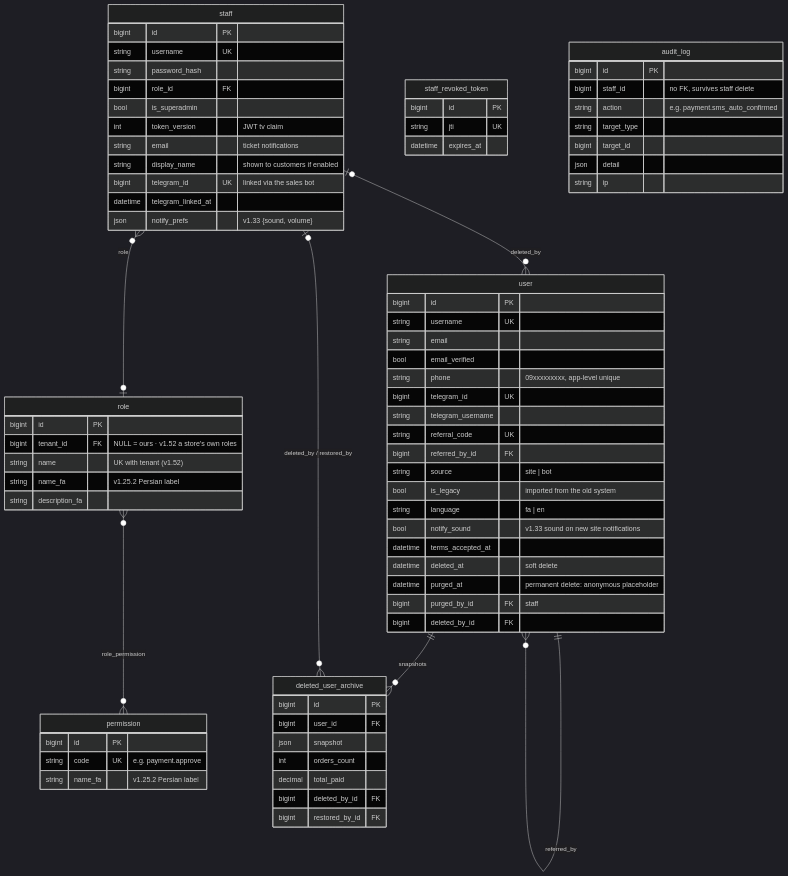
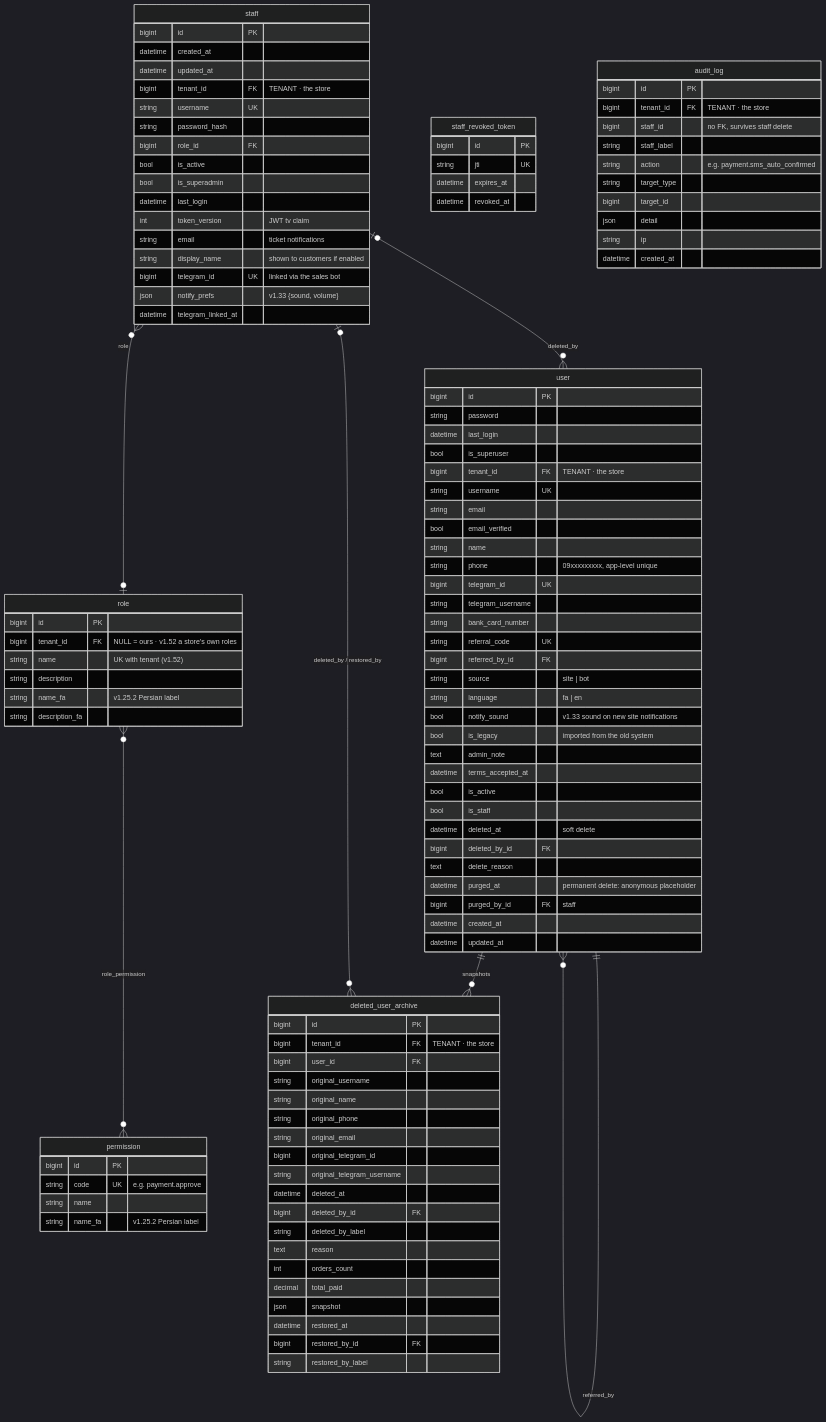
The second of 9 diagrams in docs/erd.md (santiyagoburcart/caspintunel), drawn with Mermaid (dark theme) before and after one commit. The commit also changed other lines of this file and 17 other files, not shown here.

First line of the commit message:
docs: v1.56.1 — docs audit after multi-tenant, WireGuard and the store import (docs only)

````diff
--- a/docs/erd.md
+++ b/docs/erd.md
@@ -193,70 +231,105 @@
 
     user {
         bigint id PK
+        string password
+        datetime last_login
+        bool is_superuser
+        bigint tenant_id FK "TENANT · the store"
         string username UK
         string email
         bool email_verified
+        string name
         string phone "09xxxxxxxxx, app-level unique"
         bigint telegram_id UK
         string telegram_username
+        string bank_card_number
         string referral_code UK
         bigint referred_by_id FK
         string source "site | bot"
-        bool is_legacy "imported from the old system"
         string language "fa | en"
         bool notify_sound "v1.33 sound on new site notifications"
+        bool is_legacy "imported from the old system"
+        text admin_note
         datetime terms_accepted_at
+        bool is_active
+        bool is_staff
         datetime deleted_at "soft delete"
+        bigint deleted_by_id FK
+        text delete_reason
         datetime purged_at "permanent delete: anonymous placeholder"
         bigint purged_by_id FK "staff"
-        bigint deleted_by_id FK
+        datetime created_at
+        datetime updated_at
     }
     staff {
         bigint id PK
+        datetime created_at
+        datetime updated_at
+        bigint tenant_id FK "TENANT · the store"
         string username UK
         string password_hash
         bigint role_id FK
+        bool is_active
         bool is_superadmin
+        datetime last_login
         int token_version "JWT tv claim"
         string email "ticket notifications"
         string display_name "shown to customers if enabled"
         bigint telegram_id UK "linked via the sales bot"
+        json notify_prefs "v1.33 {sound, volume}"
         datetime telegram_linked_at
-        json notify_prefs "v1.33 {sound, volume}"
     }
     role {
         bigint id PK
         bigint tenant_id FK "NULL = ours · v1.52 a store's own roles"
         string name "UK with tenant (v1.52)"
+        string description
         string name_fa "v1.25.2 Persian label"
         string description_fa
     }
     permission {
         bigint id PK
         string code UK "e.g. payment.approve"
+        string name
         string name_fa "v1.25.2 Persian label"
     }
     staff_revoked_token {
         bigint id PK
         string jti UK
         datetime expires_at
+        datetime revoked_at
     }
     deleted_user_archive {
         bigint id PK
+        bigint tenant_id FK "TENANT · the store"
         bigint user_id FK
-        json snapshot
+        string original_username
+        string original_name
+        string original_phone
+        string original_email
+        bigint original_telegram_id
+        string original_telegram_username
+        datetime deleted_at
+        bigint deleted_by_id FK
+        string deleted_by_label
+        text reason
         int orders_count
         decimal total_paid
-        bigint deleted_by_id FK
+        json snapshot
+        datetime restored_at
         bigint restored_by_id FK
+        string restored_by_label
     }
     audit_log {
         bigint id PK
+        bigint tenant_id FK "TENANT · the store"
         bigint staff_id "no FK, survives staff delete"
+        string staff_label
         string action "e.g. payment.sms_auto_confirmed"
         string target_type
         bigint target_id
         json detail
         string ip
+        datetime created_at
     }
 ```
````
